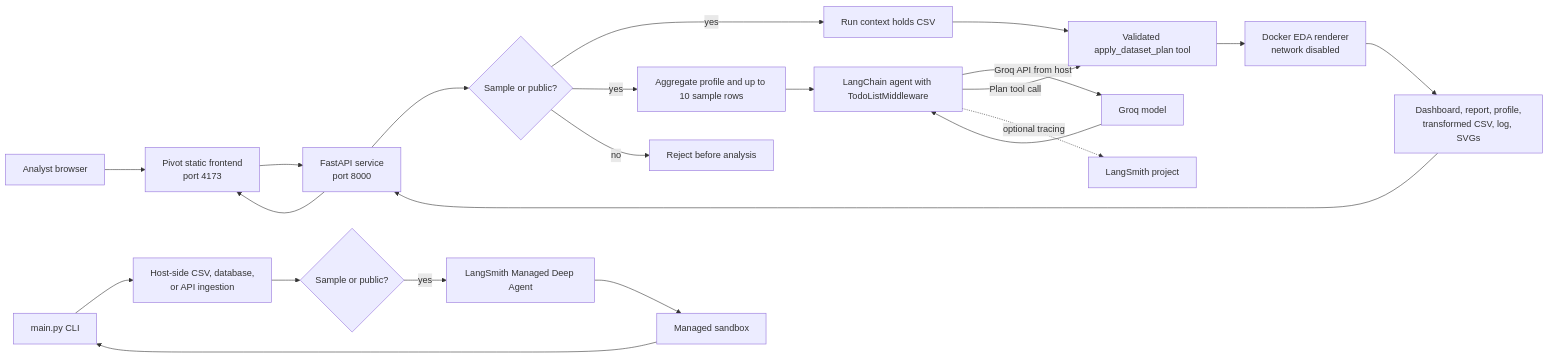
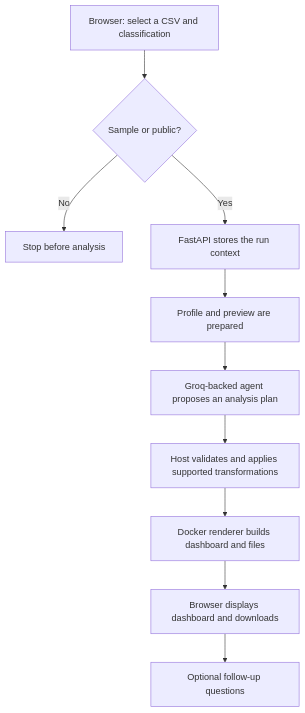
The diagram in README.md (lakshita6512-create/Data_Analalyst), drawn with Mermaid before and after one commit. The commit also changed other lines of this file, not shown here.

Commit message:
data agent configured

````diff
--- a/README.md
+++ b/README.md
@@ -30,24 +21,12 @@
 ```mermaid
-flowchart LR
-    Browser[Analyst browser] --> Frontend[Pivot static frontend<br/>port 4173]
-    Frontend --> API[FastAPI service<br/>port 8000]
-    API --> Guard{Sample or public?}
-    Guard -->|yes| Context[Run context holds CSV]
-    Guard -->|yes| Prompt[Aggregate profile and up to 10 sample rows]
-    Guard -->|no| Reject[Reject before analysis]
-    Context --> Tool[Validated apply_dataset_plan tool]
-    Prompt --> Agent[LangChain agent with TodoListMiddleware]
-    Agent -->|Groq API from host| Model[Groq model]
-    Model --> Agent
-    Agent -->|Plan tool call| Tool
-    Tool --> Renderer[Docker EDA renderer<br/>network disabled]
-    Renderer --> Files[Dashboard, report, profile,<br/>transformed CSV, log, SVGs]
-    Files --> API
-    API --> Frontend
-    Agent -. optional tracing .-> LangSmith[LangSmith project]
-    CLI[main.py CLI] --> Sources[Host-side CSV, database,<br/>or API ingestion]
-    Sources --> HostedGuard{Sample or public?}
-    HostedGuard -->|yes| Managed[LangSmith Managed Deep Agent]
-    Managed --> ManagedSandbox[Managed sandbox]
-    ManagedSandbox --> CLI
+flowchart TD
+    A[Browser: select a CSV and classification] --> B{Sample or public?}
+    B -->|No| C[Stop before analysis]
+    B -->|Yes| D[FastAPI stores the run context]
+    D --> E[Profile and preview are prepared]
+    E --> F[Groq-backed agent proposes an analysis plan]
+    F --> G[Host validates and applies supported transformations]
+    G --> H[Docker renderer builds dashboard and files]
+    H --> I[Browser displays dashboard and downloads]
+    I --> J[Optional follow-up questions]
 ```
````
